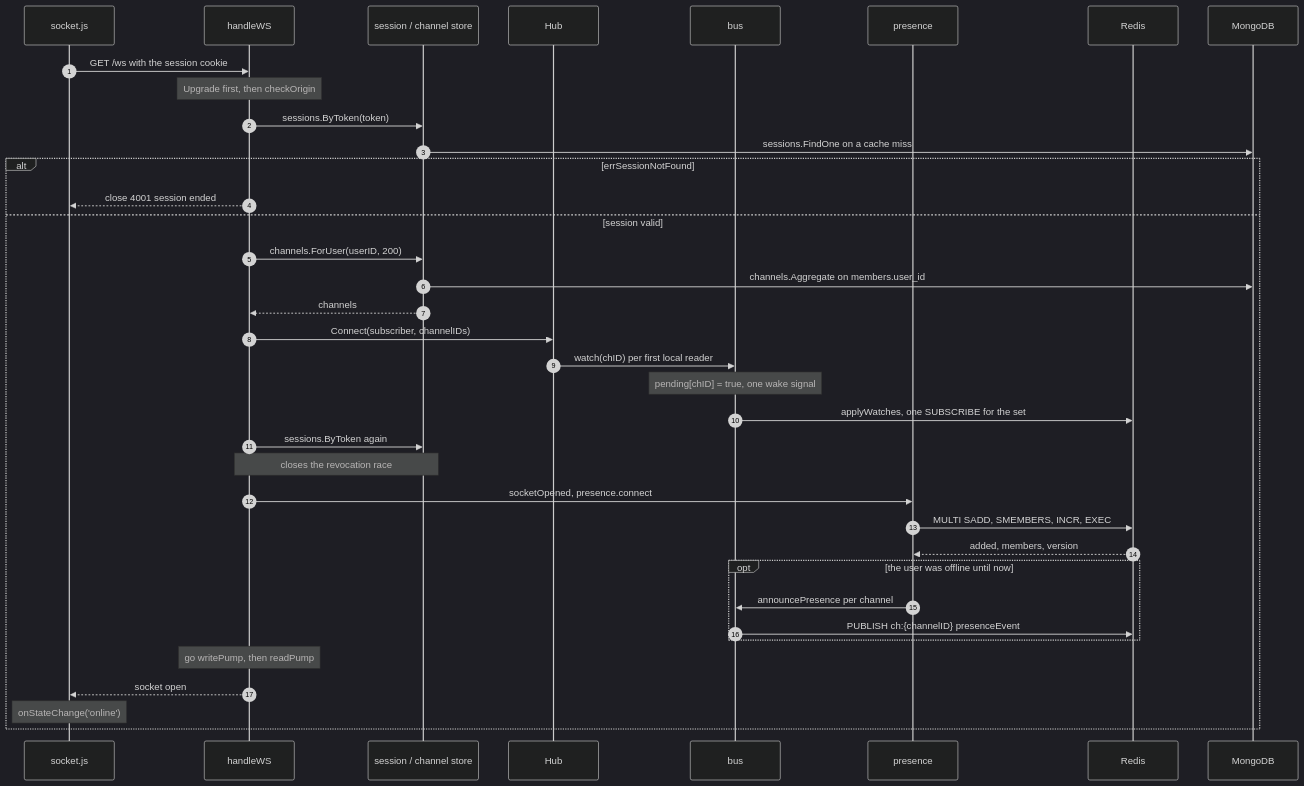
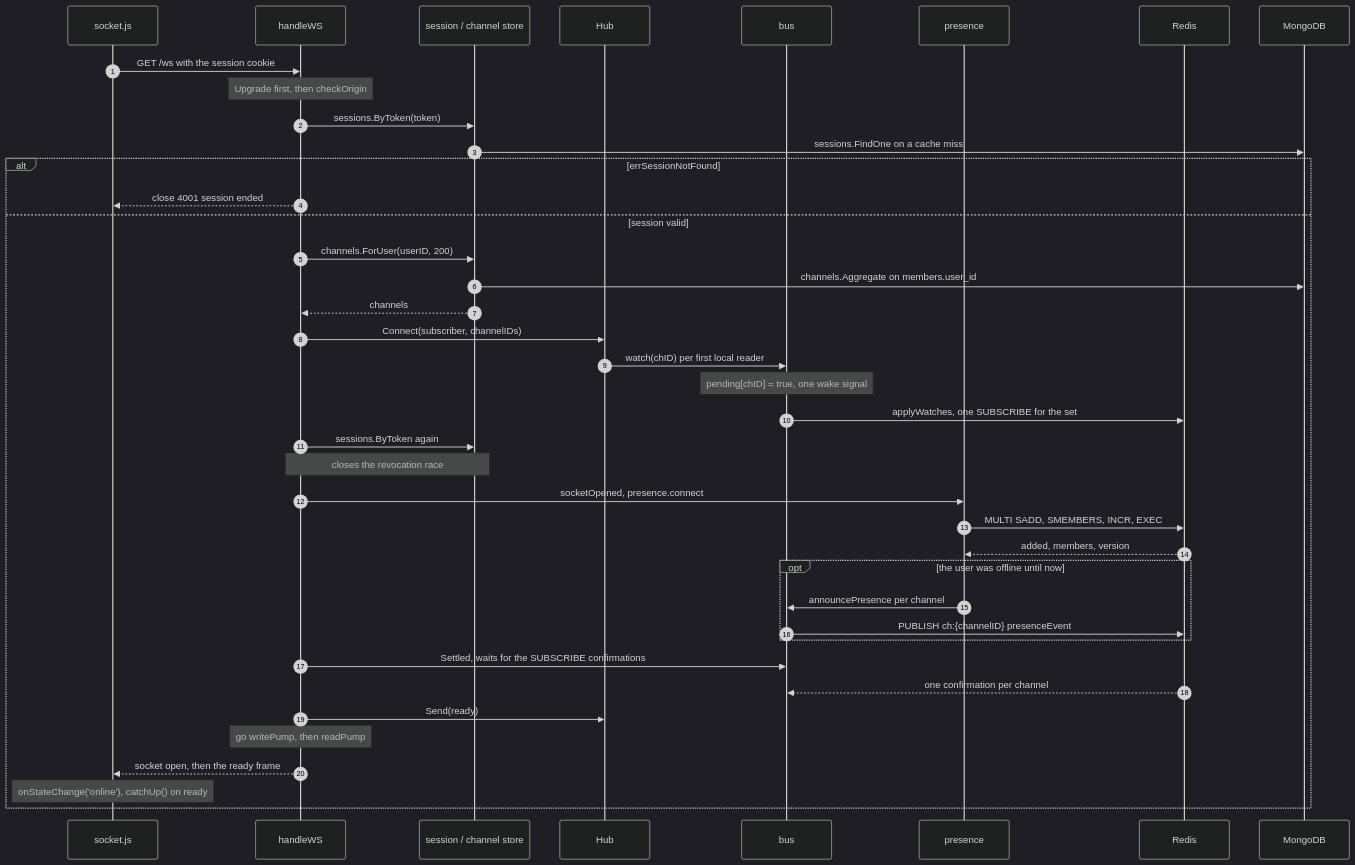
Before and after one commit to hdmtrn/nosql-messenger: the diagram in docs/diagrams/seq-ws-connect.mmd, drawn with Mermaid (dark theme). The commit also changed 15 other files, not shown here.

```diff
--- a/docs/diagrams/seq-ws-connect.mmd
+++ b/docs/diagrams/seq-ws-connect.mmd
@@ -1,41 +1,44 @@
 %% WebSocket connect. See README for the notes referenced by step number.
 %% Sources: web/src/socket.js, server/ws.go, server/hub.go, server/bus.go,
 %% server/presence.go, server/channels.go, server/sessions.go
 sequenceDiagram
   autonumber
   participant C as socket.js
   participant WS as handleWS
   participant ST as session / channel store
   participant HUB as Hub
   participant BUS as bus
   participant P as presence
   participant R as Redis
   participant M as MongoDB
 
   C->>WS: GET /ws with the session cookie
   Note over WS: Upgrade first, then checkOrigin
   WS->>ST: sessions.ByToken(token)
   ST->>M: sessions.FindOne on a cache miss
   alt errSessionNotFound
     WS-->>C: close 4001 session ended
   else session valid
     WS->>ST: channels.ForUser(userID, 200)
     ST->>M: channels.Aggregate on members.user_id
     ST-->>WS: channels
     WS->>HUB: Connect(subscriber, channelIDs)
     HUB->>BUS: watch(chID) per first local reader
     Note over BUS: pending[chID] = true, one wake signal
     BUS->>R: applyWatches, one SUBSCRIBE for the set
     WS->>ST: sessions.ByToken again
     Note over WS,ST: closes the revocation race
     WS->>P: socketOpened, presence.connect
     P->>R: MULTI SADD, SMEMBERS, INCR, EXEC
     R-->>P: added, members, version
     opt the user was offline until now
       P->>BUS: announcePresence per channel
       BUS->>R: PUBLISH ch:{channelID} presenceEvent
     end
+    WS->>BUS: Settled, waits for the SUBSCRIBE confirmations
+    R-->>BUS: one confirmation per channel
+    WS->>HUB: Send(ready)
     Note over WS: go writePump, then readPump
-    WS-->>C: socket open
-    Note over C: onStateChange('online')
+    WS-->>C: socket open, then the ready frame
+    Note over C: onStateChange('online'), catchUp() on ready
   end
```
